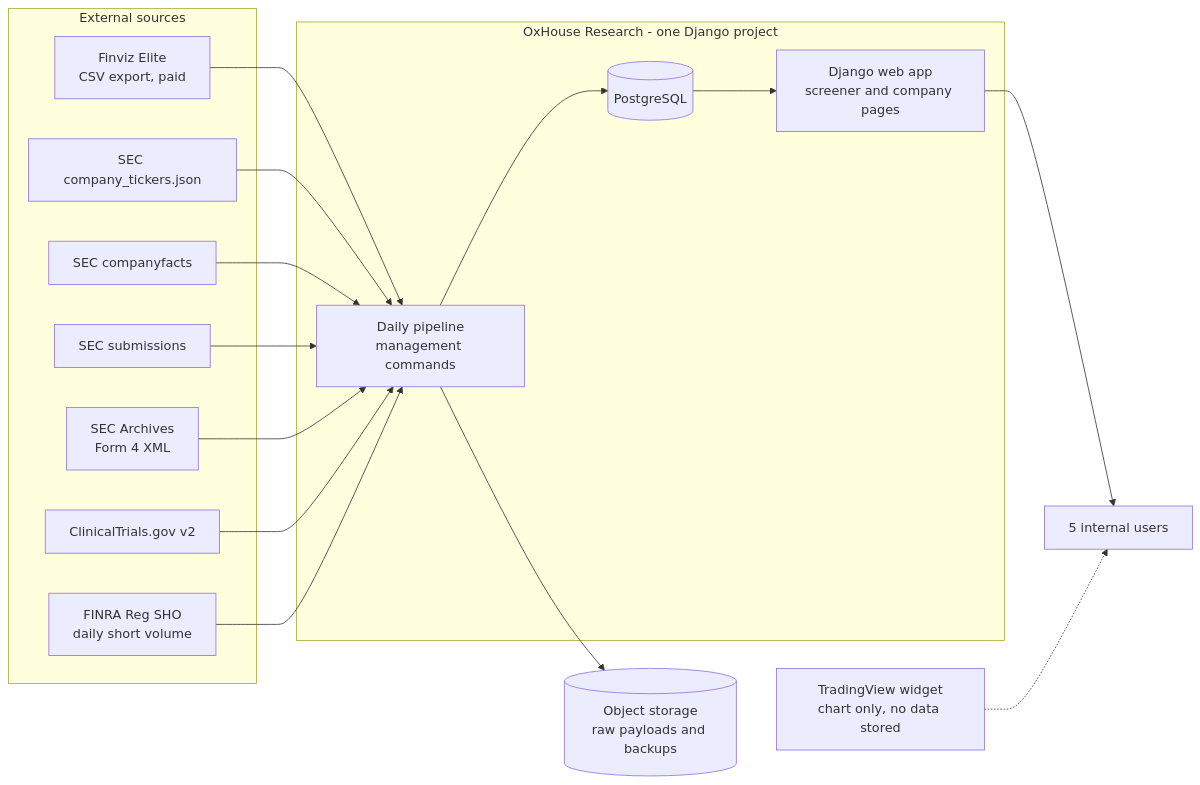
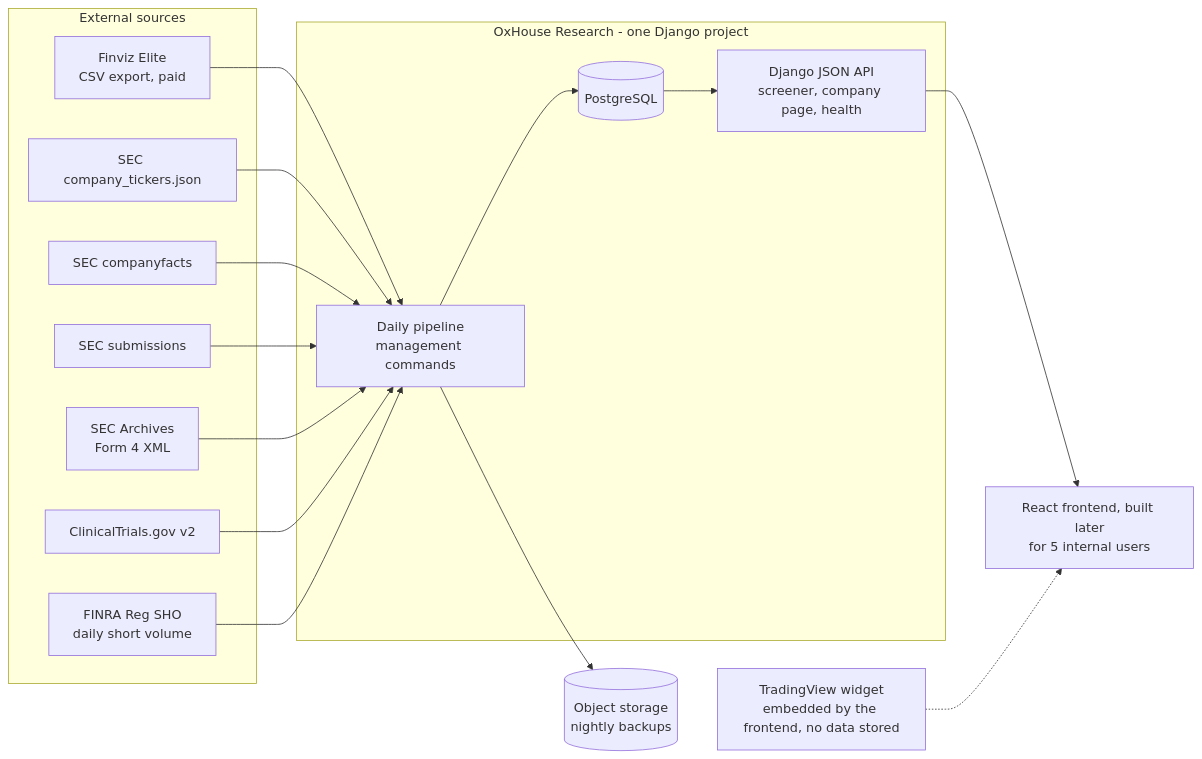
The first of 9 diagrams in docs/architecture-and-data-model.md (karenando11/bxnext-oxhouse), drawn with Mermaid before and after one commit. The commit also changed other lines of this file and 3 other files, not shown here.

````diff
--- a/docs/architecture-and-data-model.md
+++ b/docs/architecture-and-data-model.md
@@ -111,35 +113,35 @@
 ```mermaid
 flowchart LR
     subgraph EXT[External sources]
         FV[Finviz Elite<br/>CSV export, paid]
         SECT[SEC company_tickers.json]
         SECF[SEC companyfacts]
         SECS[SEC submissions]
         SECX[SEC Archives<br/>Form 4 XML]
         CT[ClinicalTrials.gov v2]
         FIN[FINRA Reg SHO<br/>daily short volume]
     end
 
     subgraph SYS[OxHouse Research - one Django project]
         PIPE[Daily pipeline<br/>management commands]
         DB[(PostgreSQL)]
-        APP[Django web app<br/>screener and company pages]
+        APP[Django JSON API<br/>screener, company page, health]
     end
 
-    OBJ[(Object storage<br/>raw payloads and backups)]
-    TV[TradingView widget<br/>chart only, no data stored]
-    USERS[5 internal users]
+    OBJ[(Object storage<br/>nightly backups)]
+    TV[TradingView widget<br/>embedded by the frontend, no data stored]
+    USERS[React frontend, built later<br/>for 5 internal users]
 
     FV --> PIPE
     SECT --> PIPE
     SECF --> PIPE
     SECS --> PIPE
     SECX --> PIPE
     CT --> PIPE
     FIN --> PIPE
     PIPE --> DB
     PIPE --> OBJ
     DB --> APP
     APP --> USERS
     TV -.-> USERS
 ```
````
